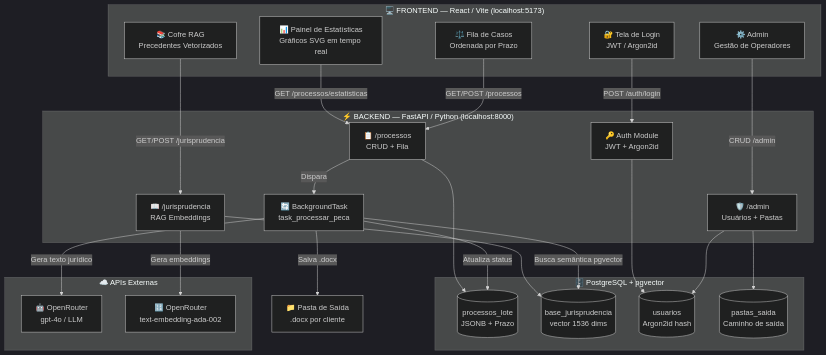
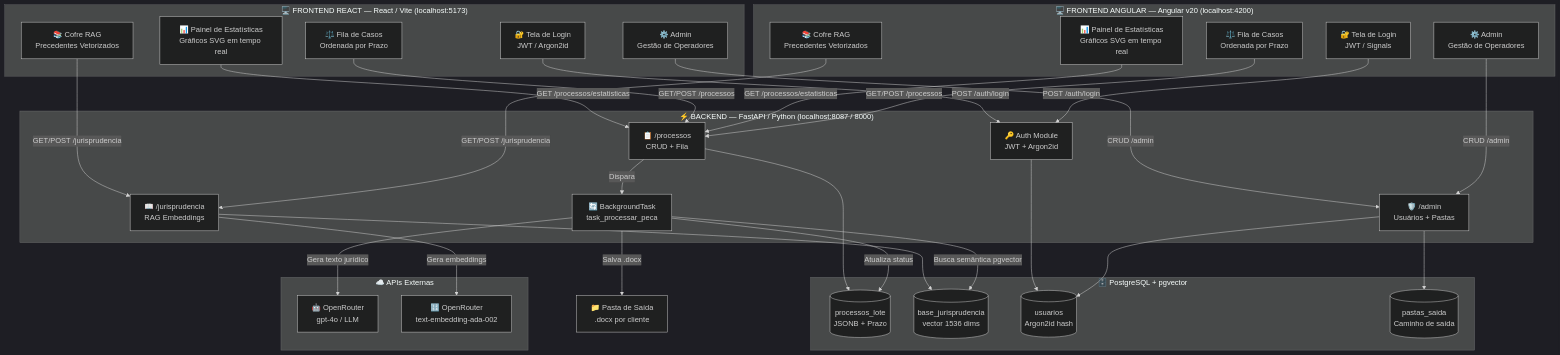
Before and after one commit to nsouzarj/juridicoia: the first of 8 diagrams in FLUXOS.md, drawn with Mermaid (dark theme). The commit also changed other lines of this file and 34 other files, not shown here.

````diff
--- a/FLUXOS.md
+++ b/FLUXOS.md
@@ -11,50 +11,64 @@
 ```mermaid
 graph TD
-    subgraph FRONTEND ["🖥️  FRONTEND — React / Vite (localhost:5173)"]
+    subgraph FRONTEND_REACT ["🖥️  FRONTEND REACT — React / Vite (localhost:5173)"]
         UI_Login["🔐 Tela de Login\nJWT / Argon2id"]
         UI_Dash["📊 Painel de Estatísticas\nGráficos SVG em tempo real"]
         UI_Fila["⚖️  Fila de Casos\nOrdenada por Prazo"]
         UI_RAG["📚 Cofre RAG\nPrecedentes Vetorizados"]
         UI_Admin["⚙️  Admin\nGestão de Operadores"]
     end
 
-    subgraph BACKEND ["⚡ BACKEND — FastAPI / Python (localhost:8000)"]
+    subgraph FRONTEND_ANGULAR ["🖥️  FRONTEND ANGULAR — Angular v20 (localhost:4200)"]
+        UI_Login_A["🔐 Tela de Login\nJWT / Signals"]
+        UI_Dash_A["📊 Painel de Estatísticas\nGráficos SVG em tempo real"]
+        UI_Fila_A["⚖️  Fila de Casos\nOrdenada por Prazo"]
+        UI_RAG_A["📚 Cofre RAG\nPrecedentes Vetorizados"]
+        UI_Admin_A["⚙️  Admin\nGestão de Operadores"]
+    end
+
+    subgraph BACKEND ["⚡ BACKEND — FastAPI / Python (localhost:8087 / 8000)"]
         AUTH["🔑 Auth Module\nJWT + Argon2id"]
         API_PROC["📋 /processos\nCRUD + Fila"]
         API_JUR["📖 /jurisprudencia\nRAG Embeddings"]
         API_ADMIN["🛡️  /admin\nUsuários + Pastas"]
         WORKER["🔄 BackgroundTask\ntask_processar_peca"]
     end
 
     subgraph DATABASE ["🗄️  PostgreSQL + pgvector"]
         DB_PROC[("processos_lote\nJSONB + Prazo")]
         DB_JUR[("base_jurisprudencia\nvector 1536 dims")]
         DB_USR[("usuarios\nArgon2id hash")]
         DB_PASTA[("pastas_saida\nCaminho de saída")]
     end
 
     subgraph EXTERNAL ["☁️  APIs Externas"]
         LLM["🤖 OpenRouter\ngpt-4o / LLM"]
         EMB["🔢 OpenRouter\ntext-embedding-ada-002"]
     end
 
     UI_Login -->|"POST /auth/login"| AUTH
     UI_Dash -->|"GET /processos/estatisticas"| API_PROC
     UI_Fila -->|"GET/POST /processos"| API_PROC
     UI_RAG -->|"GET/POST /jurisprudencia"| API_JUR
     UI_Admin -->|"CRUD /admin"| API_ADMIN
 
+    UI_Login_A -->|"POST /auth/login"| AUTH
+    UI_Dash_A -->|"GET /processos/estatisticas"| API_PROC
+    UI_Fila_A -->|"GET/POST /processos"| API_PROC
+    UI_RAG_A -->|"GET/POST /jurisprudencia"| API_JUR
+    UI_Admin_A -->|"CRUD /admin"| API_ADMIN
+
     AUTH --> DB_USR
     API_PROC --> DB_PROC
     API_PROC -->|"Dispara"| WORKER
     API_JUR --> DB_JUR
     API_ADMIN --> DB_USR
     API_ADMIN --> DB_PASTA
 
     WORKER -->|"Busca semântica pgvector"| DB_JUR
     WORKER -->|"Atualiza status"| DB_PROC
     WORKER -->|"Gera texto jurídico"| LLM
     API_JUR -->|"Gera embeddings"| EMB
 
     WORKER -->|"Salva .docx"| SAIDA["📁 Pasta de Saída\n.docx por cliente"]
 ```
````
